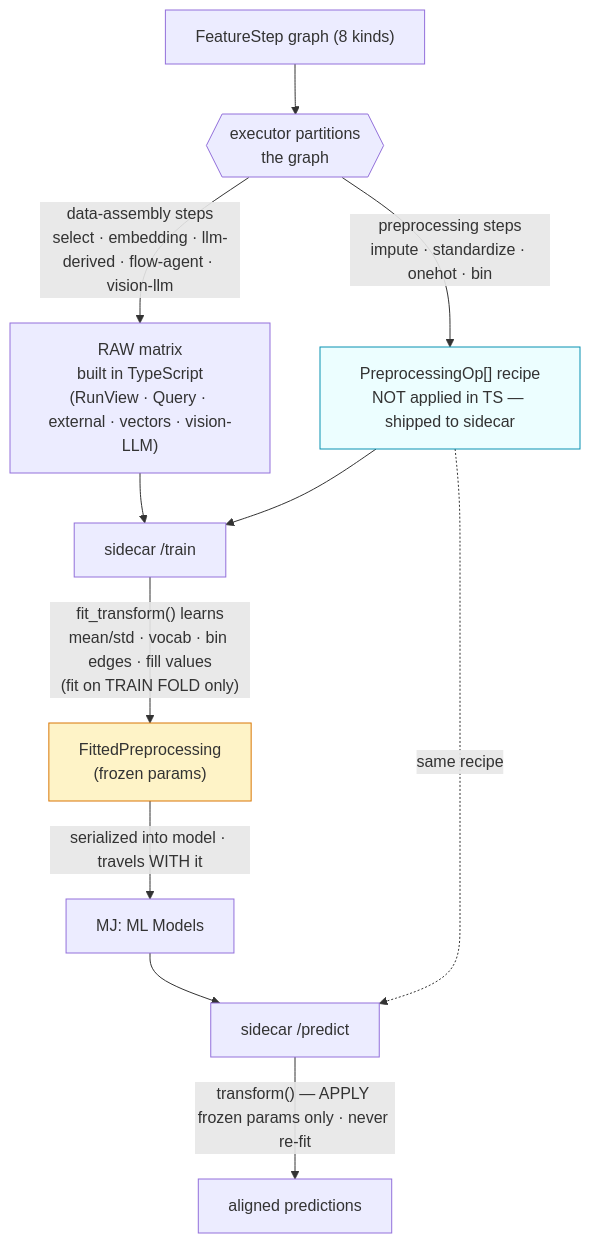
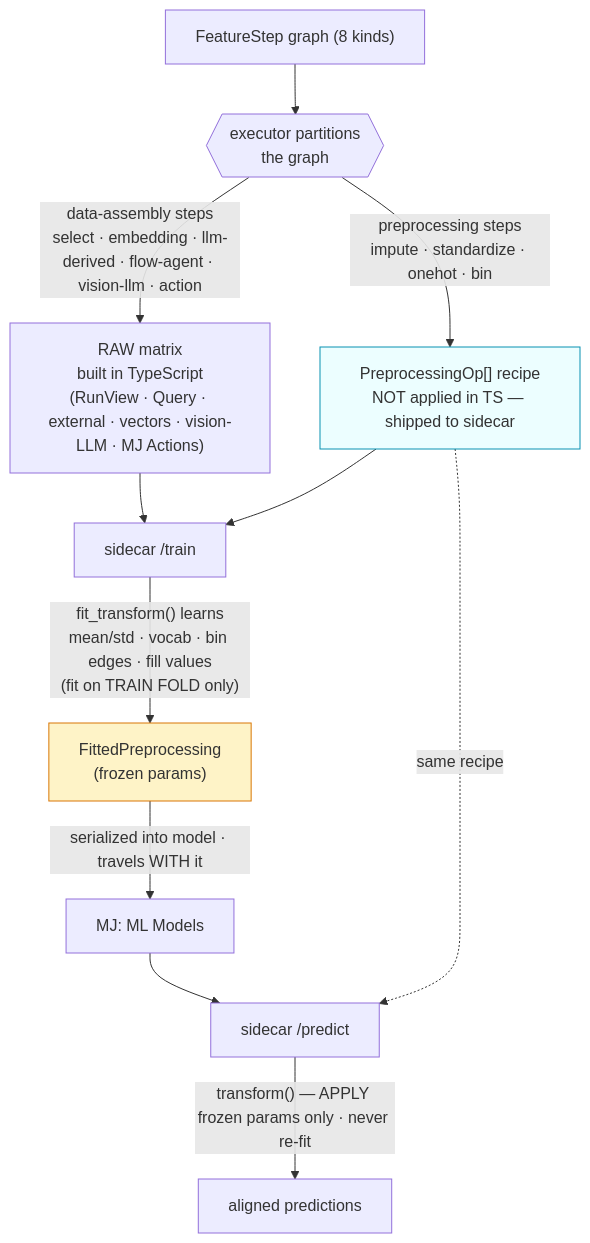
The fourth of 15 diagrams in guides/PREDICTIVE_STUDIO_GUIDE.md (MemberJunction/MJ), drawn with Mermaid before and after one commit. The commit also changed other lines of this file, not shown here.

Commit message:
docs(predictive-studio): guide sections for §5.7 code-as-feature, §6.6–6.8 explainability, hadData and bands

````diff
--- a/guides/PREDICTIVE_STUDIO_GUIDE.md
+++ b/guides/PREDICTIVE_STUDIO_GUIDE.md
@@ -255,15 +255,15 @@
 ```mermaid
 flowchart TB
     G["FeatureStep graph (8 kinds)"] --> SPLIT{{"executor partitions<br/>the graph"}}
-    SPLIT -->|"data-assembly steps<br/>select · embedding · llm-derived · flow-agent · vision-llm"| RAW["RAW matrix<br/>built in TypeScript<br/>(RunView · Query · external · vectors · vision-LLM)"]
+    SPLIT -->|"data-assembly steps<br/>select · embedding · llm-derived · flow-agent · vision-llm · action"| RAW["RAW matrix<br/>built in TypeScript<br/>(RunView · Query · external · vectors · vision-LLM · MJ Actions)"]
     SPLIT -->|"preprocessing steps<br/>impute · standardize · onehot · bin"| RECIPE["PreprocessingOp[] recipe<br/>NOT applied in TS — shipped to sidecar"]
     RAW --> TRAIN["sidecar /train"]
     RECIPE --> TRAIN
     TRAIN -->|"fit_transform() learns<br/>mean/std · vocab · bin edges · fill values<br/>(fit on TRAIN FOLD only)"| FITTED["FittedPreprocessing<br/>(frozen params)"]
     FITTED -->|serialized into model · travels WITH it| MODEL["MJ: ML Models"]
     MODEL --> PRED["sidecar /predict"]
     RECIPE -.same recipe.-> PRED
     PRED -->|"transform() — APPLY frozen params only · never re-fit"| OUT["aligned predictions"]
     style FITTED fill:#fef3c7,stroke:#d97706
     style RECIPE fill:#ecfeff,stroke:#0891b2
 ```
````
